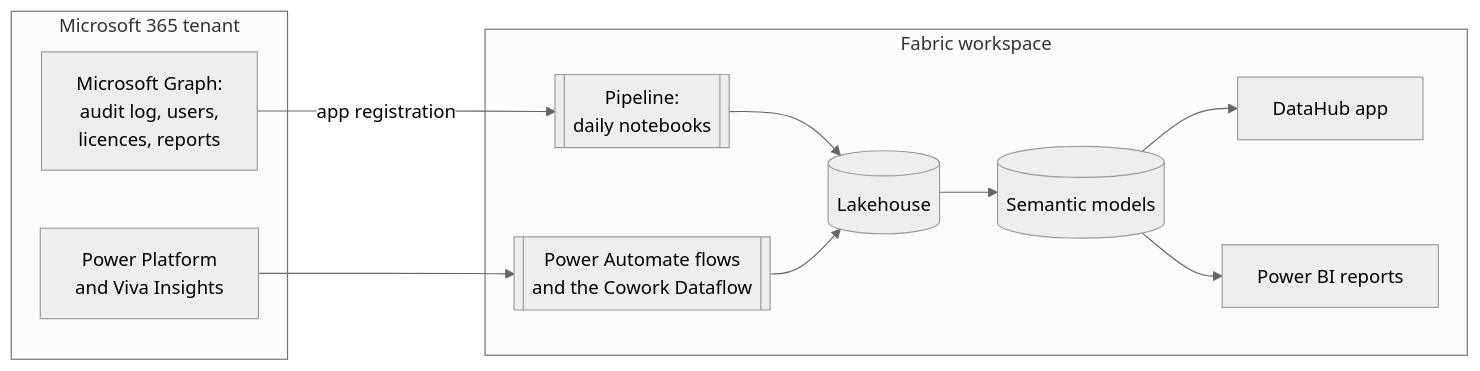
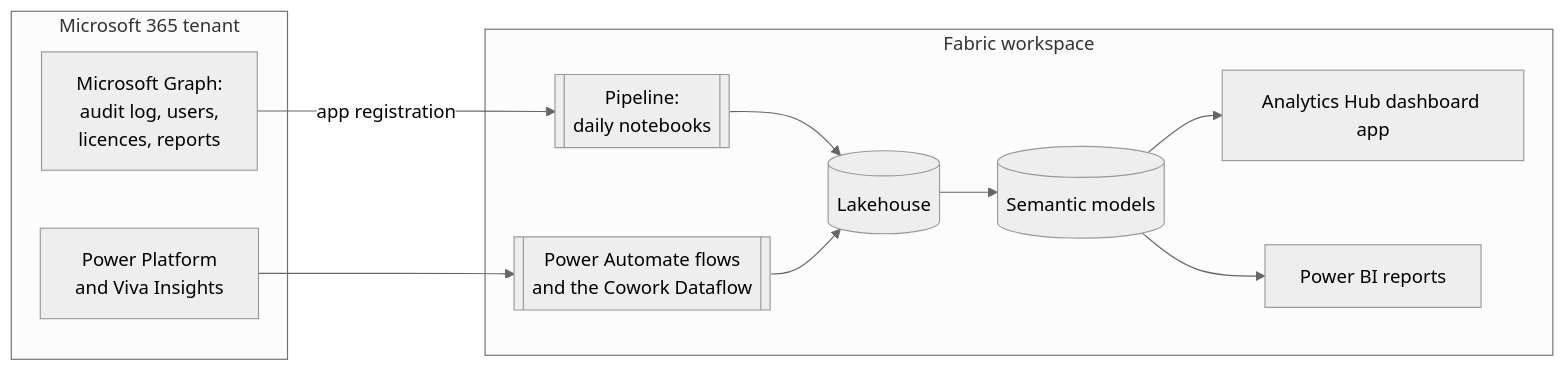
The first of 2 diagrams in docs/ARCHITECTURE.md (microsoft/AnalyticsHub-Dashboard), drawn with Mermaid (neutral theme) before and after one commit. The commit also changed other lines of this file and 135 other files, not shown here.

Commit message:
Restore Analytics Hub dashboard branding

````diff
--- a/docs/ARCHITECTURE.md
+++ b/docs/ARCHITECTURE.md
@@ -28,19 +28,19 @@
 ```mermaid
 flowchart LR
   subgraph M365["Microsoft 365 tenant"]
     G[Microsoft Graph:<br/>audit log, users,<br/>licences, reports]
     PP[Power Platform<br/>and Viva Insights]
   end
   subgraph WS["Fabric workspace"]
     P[[Pipeline:<br/>daily notebooks]]
     F[[Power Automate flows<br/>and the Cowork Dataflow]]
     L[(Lakehouse)]
     SM[(Semantic models)]
-    APP[DataHub app]
+    APP[Analytics Hub dashboard app]
     R[Power BI reports]
   end
   G -- app registration --> P --> L
   PP --> F --> L
   L --> SM --> APP
   SM --> R
 ```
````
